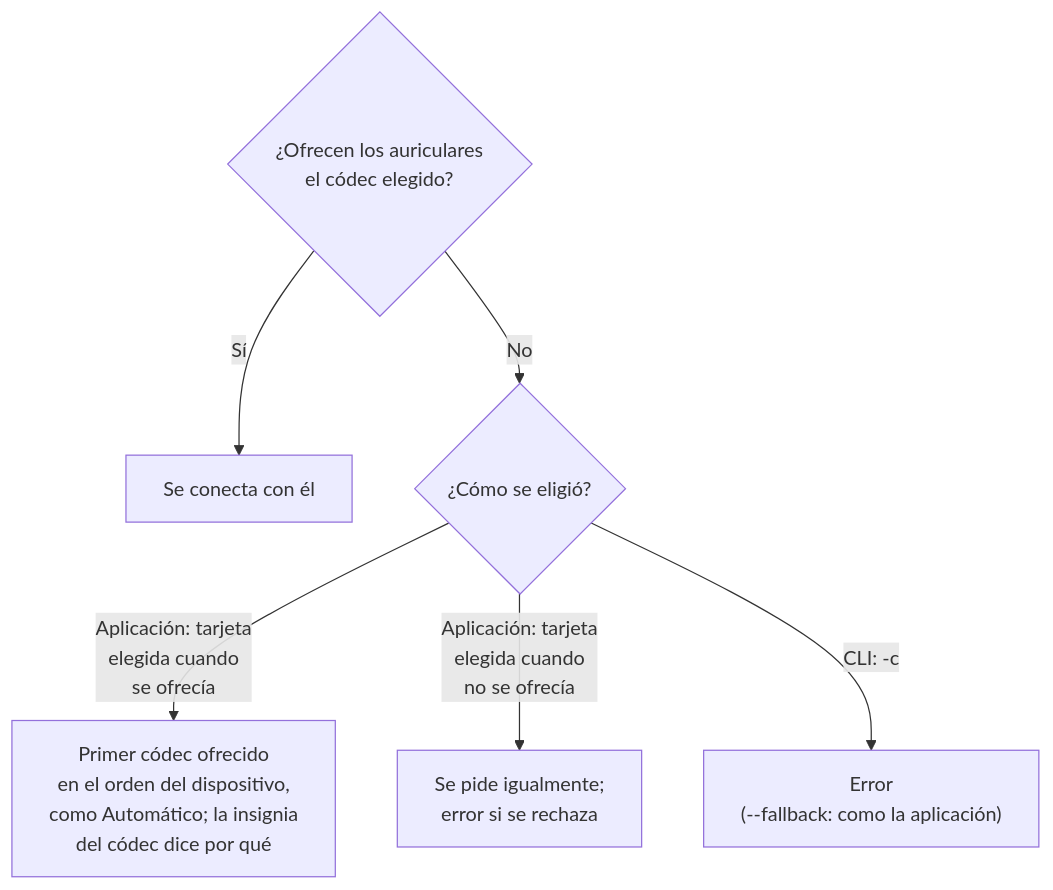
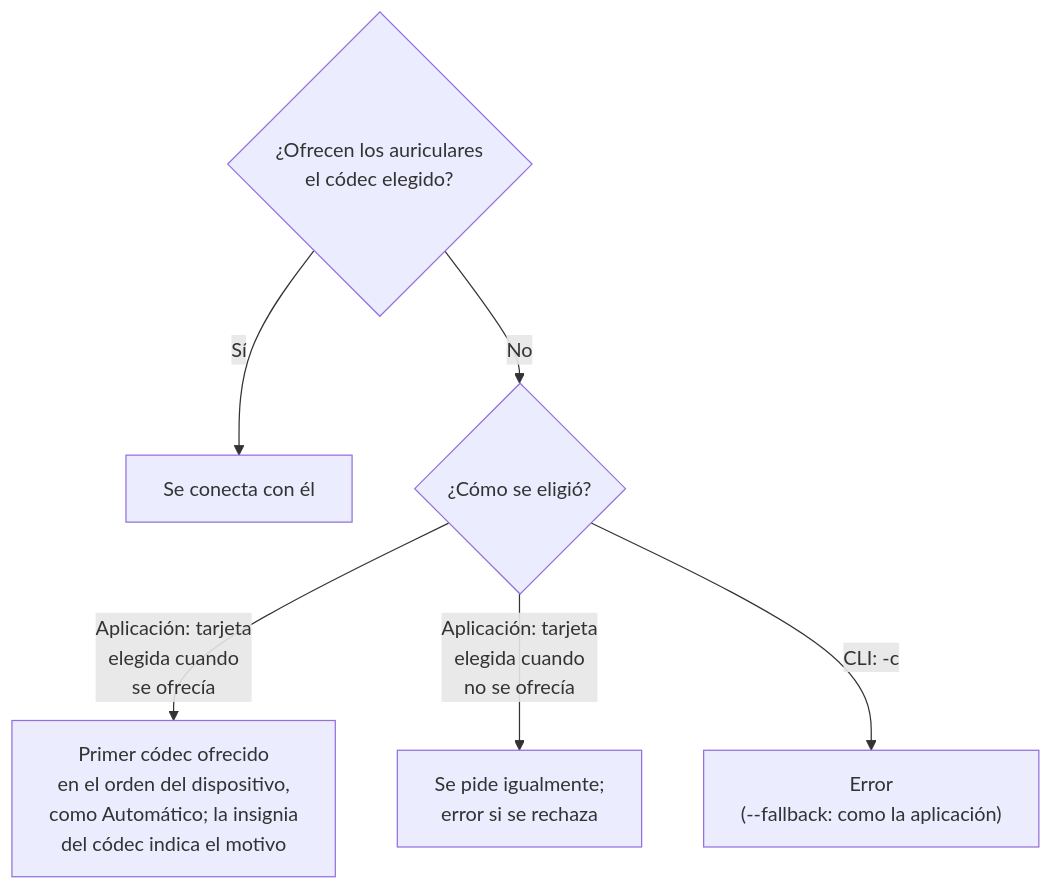
The second of 2 diagrams in docs/es/usage.md (RxMaxx/A2DP-Windows-Bridge), drawn with Mermaid before and after one commit. The commit also changed other lines of this file and 105 other files, not shown here.

````diff
--- a/docs/es/usage.md
+++ b/docs/es/usage.md
@@ -432,15 +438,15 @@
 ```mermaid
 ---
 config:
   flowchart:
     wrappingWidth: 480
     rankSpacing: 30
 ---
 flowchart TD
     q{"¿Ofrecen los auriculares<br>el códec elegido?"}
     q -->|"Sí"| use["Se conecta con él"]
     q -->|"No"| how{"¿Cómo se eligió?"}
-    how -->|"Aplicación: tarjeta<br>elegida cuando<br>se ofrecía"| fb["Primer códec ofrecido<br>en el orden del dispositivo,<br>como Automático; la insignia<br>del códec dice por qué"]
+    how -->|"Aplicación: tarjeta<br>elegida cuando<br>se ofrecía"| fb["Primer códec ofrecido<br>en el orden del dispositivo,<br>como Automático; la insignia<br>del códec indica el motivo"]
     how -->|"Aplicación: tarjeta<br>elegida cuando<br>no se ofrecía"| force["Se pide igualmente;<br>error si se rechaza"]
     how -->|"CLI: -c"| cli["Error<br>(--fallback: como la aplicación)"]
 ```
````
